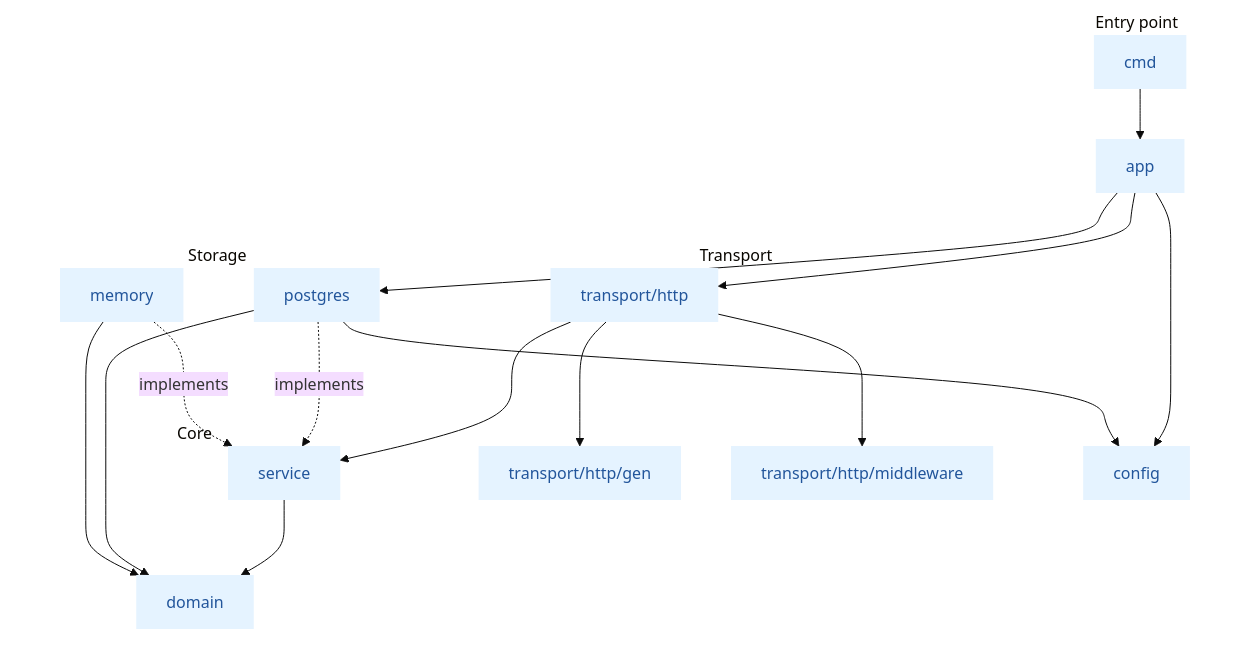
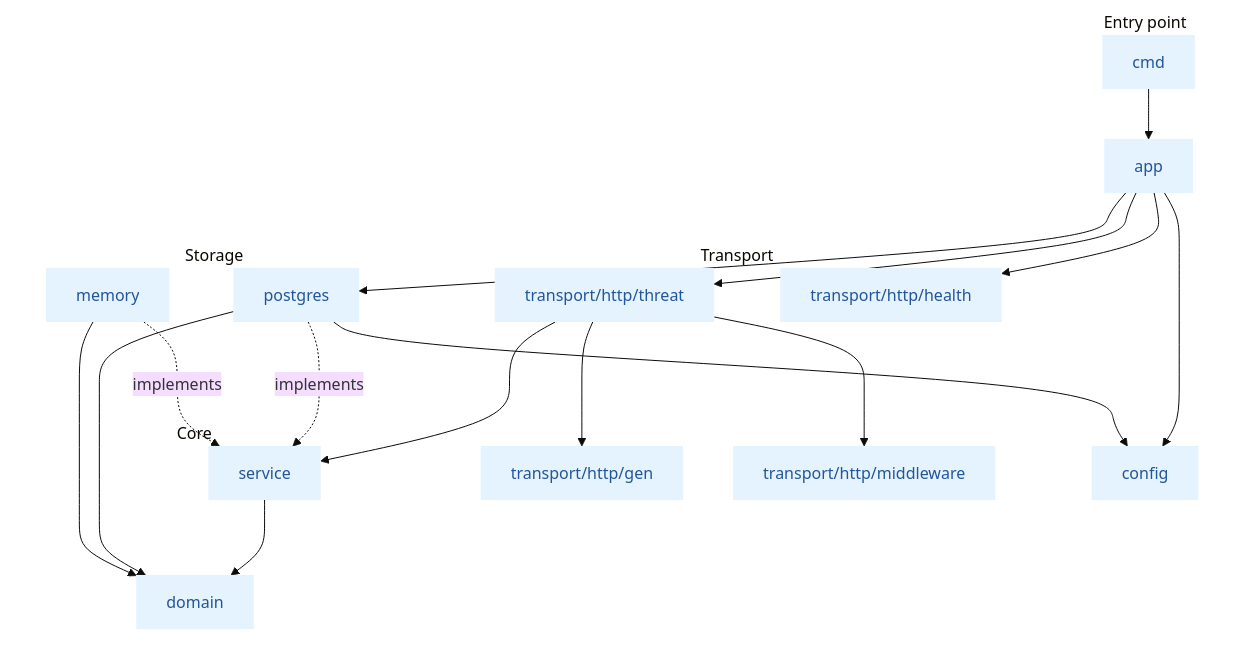
One commit to HAL-X9/threat-info-service changed the first of 3 diagrams in ARCHITECTURE.md. Above: the diagram before and after it, drawn with Mermaid. The commit also changed other lines of this file and 8 other files, not shown here.

Commit message:
refactor(http): move /healthz to transport/http/health

````diff
--- a/ARCHITECTURE.md
+++ b/ARCHITECTURE.md
@@ -17,45 +17,47 @@
 ```mermaid
 %%{init: {'theme':'base'}}%%
 flowchart TB
     subgraph ENTRY["Entry point"]
         CMD["cmd"]
         APP["app"]
         CFG["config"]
     end
 
     subgraph TRANSPORT["Transport"]
-        HTTP["transport/http"]
+        HTTP["transport/http/threat"]
         GEN["transport/http/gen"]
         MW["transport/http/middleware"]
+        HEALTH["transport/http/health"]
     end
 
     subgraph CORE["Core"]
         SVC["service"]
         DOM["domain"]
     end
 
     subgraph STORAGE["Storage"]
         PG["postgres"]
         MEM["memory"]
     end
 
     CMD --> APP
     APP --> CFG
     APP --> HTTP
+    APP --> HEALTH
     APP --> PG
     PG --> CFG
     HTTP --> GEN
     HTTP --> MW
     HTTP --> SVC
     SVC --> DOM
     PG -. implements .-> SVC
     MEM -. implements .-> SVC
     PG --> DOM
     MEM --> DOM
 
     classDef default fill:#e5f3ff,stroke:none,color:#22559b;
     style ENTRY fill:#ffffff,stroke:none
     style TRANSPORT fill:#ffffff,stroke:none
     style CORE fill:#ffffff,stroke:none
     style STORAGE fill:#ffffff,stroke:none
 ```
````
